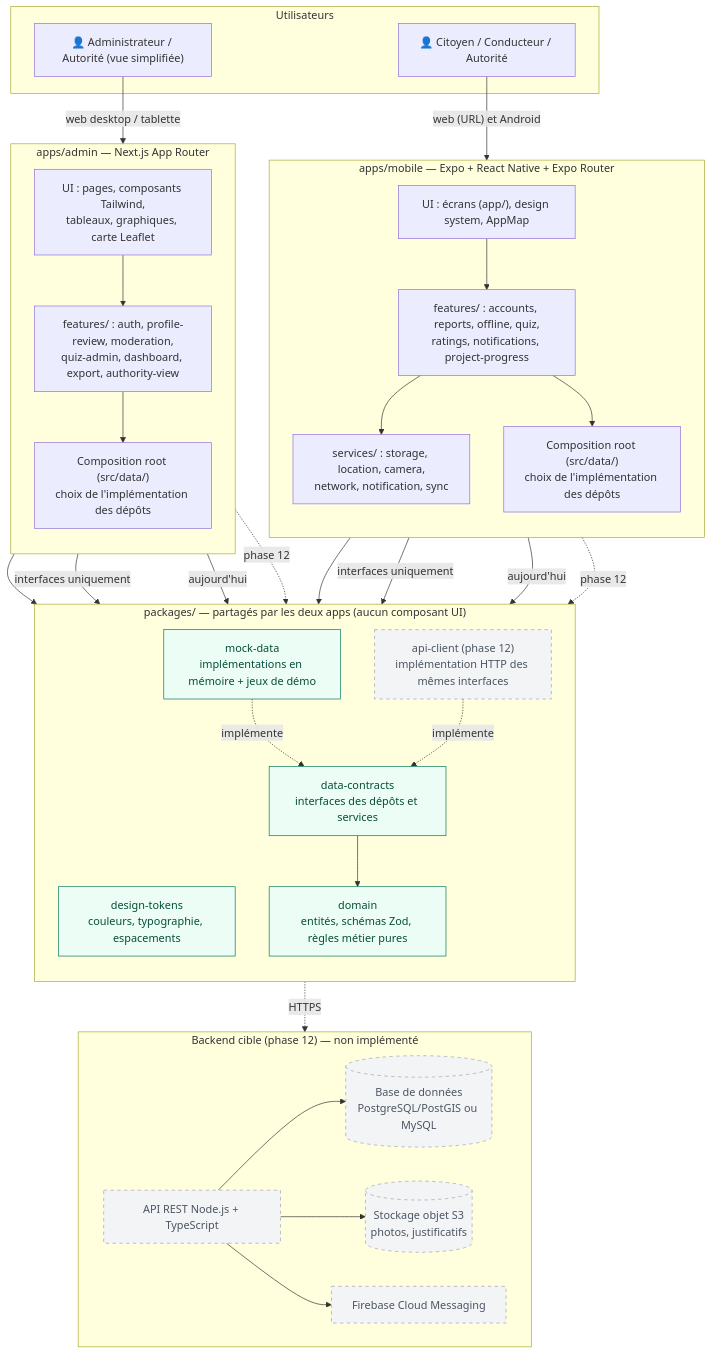
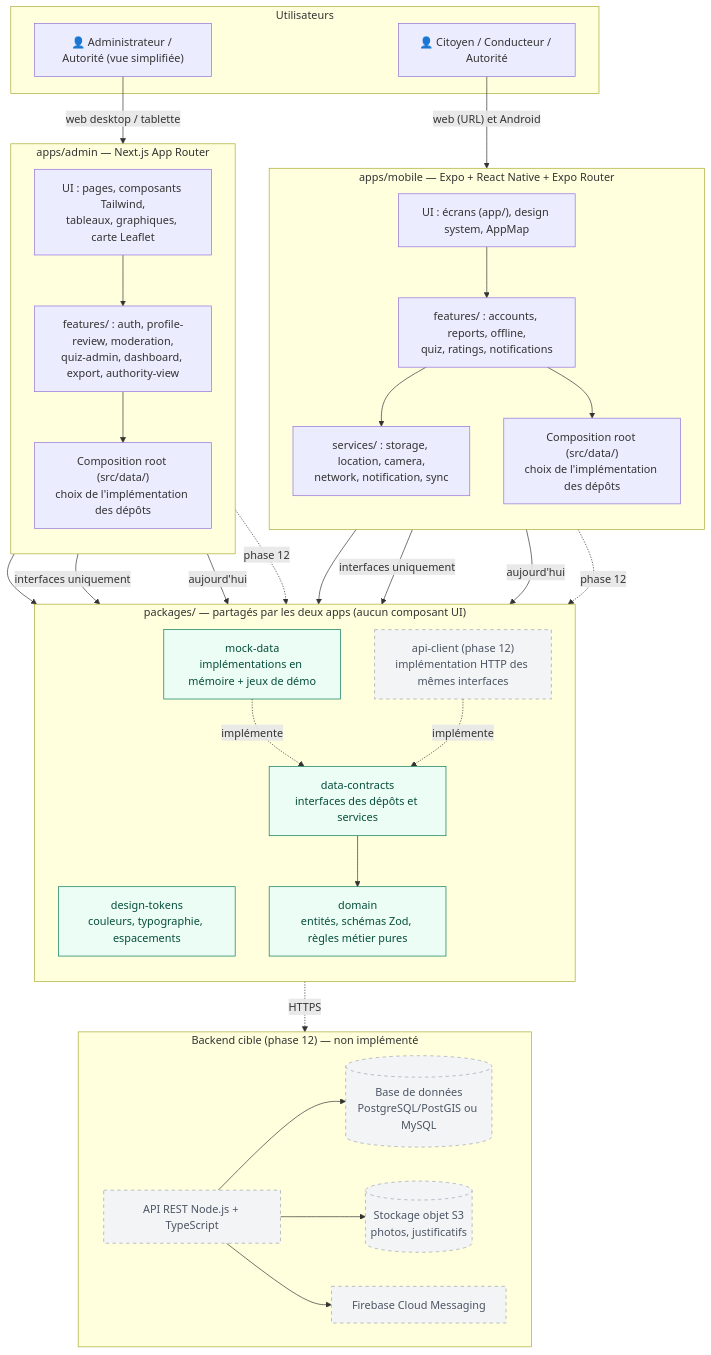
Before and after one commit to M-Riq/wakaSafe: the diagram in docs/diagrams/02-architecture.md, drawn with Mermaid. The commit also changed 34 other files, not shown here.

First line of the commit message:
fix(mobile): hide internal project progress from the app

````diff
--- a/docs/diagrams/02-architecture.md
+++ b/docs/diagrams/02-architecture.md
@@ -6,68 +6,68 @@
 ```mermaid
 flowchart TB
     subgraph USERS["Utilisateurs"]
         U1["👤 Citoyen / Conducteur / Autorité"]
         U2["👤 Administrateur / Autorité (vue simplifiée)"]
     end
 
     subgraph MOBILE["apps/mobile — Expo + React Native + Expo Router"]
         direction TB
         M_UI["UI : écrans (app/), design system, AppMap"]
-        M_FEAT["features/ : accounts, reports, offline, quiz,<br/>ratings, notifications, project-progress"]
+        M_FEAT["features/ : accounts, reports, offline,<br/>quiz, ratings, notifications"]
         M_SVC["services/ : storage, location, camera,<br/>network, notification, sync"]
         M_ROOT["Composition root (src/data/)<br/>choix de l'implémentation des dépôts"]
         M_UI --> M_FEAT
         M_FEAT --> M_SVC
         M_FEAT --> M_ROOT
     end
 
     subgraph ADMINAPP["apps/admin — Next.js App Router"]
         direction TB
         A_UI["UI : pages, composants Tailwind,<br/>tableaux, graphiques, carte Leaflet"]
         A_FEAT["features/ : auth, profile-review, moderation,<br/>quiz-admin, dashboard, export, authority-view"]
         A_ROOT["Composition root (src/data/)<br/>choix de l'implémentation des dépôts"]
         A_UI --> A_FEAT
         A_FEAT --> A_ROOT
     end
 
     subgraph PKG["packages/ — partagés par les deux apps (aucun composant UI)"]
         direction TB
         P_TOK["design-tokens<br/>couleurs, typographie, espacements"]
         P_MOCK["mock-data<br/>implémentations en mémoire + jeux de démo"]
         P_API["api-client (phase 12)<br/>implémentation HTTP des mêmes interfaces"]
         P_CON["data-contracts<br/>interfaces des dépôts et services"]
         P_DOM["domain<br/>entités, schémas Zod, règles métier pures"]
         P_MOCK -. "implémente" .-> P_CON
         P_API -. "implémente" .-> P_CON
         P_CON --> P_DOM
     end
 
     subgraph FUTURE["Backend cible (phase 12) — non implémenté"]
         direction LR
         F_API["API REST Node.js + TypeScript"]
         F_DB[("Base de données<br/>PostgreSQL/PostGIS ou MySQL")]
         F_S3[("Stockage objet S3<br/>photos, justificatifs")]
         F_FCM["Firebase Cloud Messaging"]
         F_API --> F_DB
         F_API --> F_S3
         F_API --> F_FCM
     end
 
     U1 -->|"web (URL) et Android"| M_UI
     U2 -->|"web desktop / tablette"| A_UI
 
     M_UI --> P_TOK
     A_UI --> P_TOK
     M_FEAT -->|"interfaces uniquement"| P_CON
     A_FEAT -->|"interfaces uniquement"| P_CON
     M_ROOT -->|"aujourd'hui"| P_MOCK
     A_ROOT -->|"aujourd'hui"| P_MOCK
     M_ROOT -. "phase 12" .-> P_API
     A_ROOT -. "phase 12" .-> P_API
     P_API -. "HTTPS" .-> F_API
 
     classDef future fill:#f3f4f6,stroke:#9ca3af,stroke-dasharray:5 5,color:#4b5563
     classDef shared fill:#ecfdf5,stroke:#047857,color:#064e3b
     class P_API,F_API,F_DB,F_S3,F_FCM future
     class P_TOK,P_DOM,P_CON,P_MOCK shared
 ```
````
